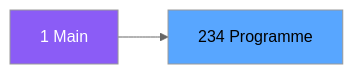
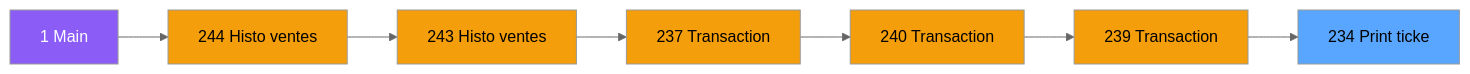
Before and after one commit to thonyAGP/magic-migration: the second of 3 diagrams in .openspec/specs/ADH-IDE-234.md, drawn with Mermaid (neutral theme). The commit also changed other lines of this file and 323 other files, not shown here.

````diff
--- a/.openspec/specs/ADH-IDE-234.md
+++ b/.openspec/specs/ADH-IDE-234.md
@@ -108,8 +130,23 @@
 ```mermaid
 graph LR
     M[1 Main]
-    T[234 Programme]
-    M --> T
+    N244[244 Histo ventes]
+    N243[243 Histo ventes]
+    N237[237 Transaction ]
+    N240[240 Transaction ]
+    N239[239 Transaction ]
+    T[234  Print ticke]
+    M --> N244
+    N244 --> N243
+    N243 --> N237
+    N237 --> N240
+    N240 --> N239
+    N239 --> T
     style M fill:#8b5cf6,color:#fff
+    style N244 fill:#f59e0b
+    style N243 fill:#f59e0b
+    style N237 fill:#f59e0b
+    style N240 fill:#f59e0b
+    style N239 fill:#f59e0b
     style T fill:#58a6ff,color:#000
 ```
````
